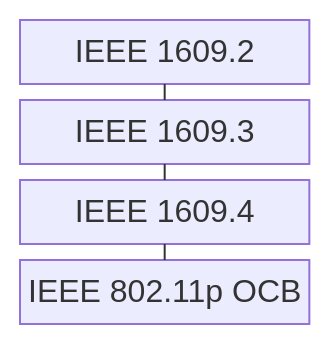
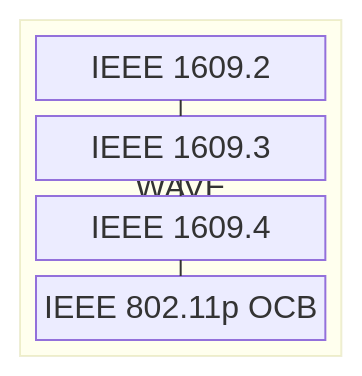
The first of 2 diagrams in src/content/docs/notes/04-network/051_ieee_802_11p_wave.md (agnusdei1207/knowledge-base), drawn with Mermaid before and after one commit. The commit also changed other lines of this file and 20 other files, not shown here.

````diff
--- a/src/content/docs/notes/04-network/051_ieee_802_11p_wave.md
+++ b/src/content/docs/notes/04-network/051_ieee_802_11p_wave.md
@@ -56,11 +59,14 @@
 ```mermaid
-block-beta
+block
     columns 1
-    A["IEEE 1609.2"]
-    B["IEEE 1609.3"]
-    C["IEEE 1609.4"]
-    D["IEEE 802.11p OCB"]
-    A --- B
-    B --- C
-    C --- D
+    block:WAVE["WAVE"]
+        columns 1
+        SECURITY["IEEE 1609.2"]
+        NETWORK["IEEE 1609.3"]
+        CHANNEL["IEEE 1609.4"]
+        RADIO["IEEE 802.11p OCB"]
+    end
+    SECURITY --- NETWORK
+    NETWORK --- CHANNEL
+    CHANNEL --- RADIO
 ```
````
